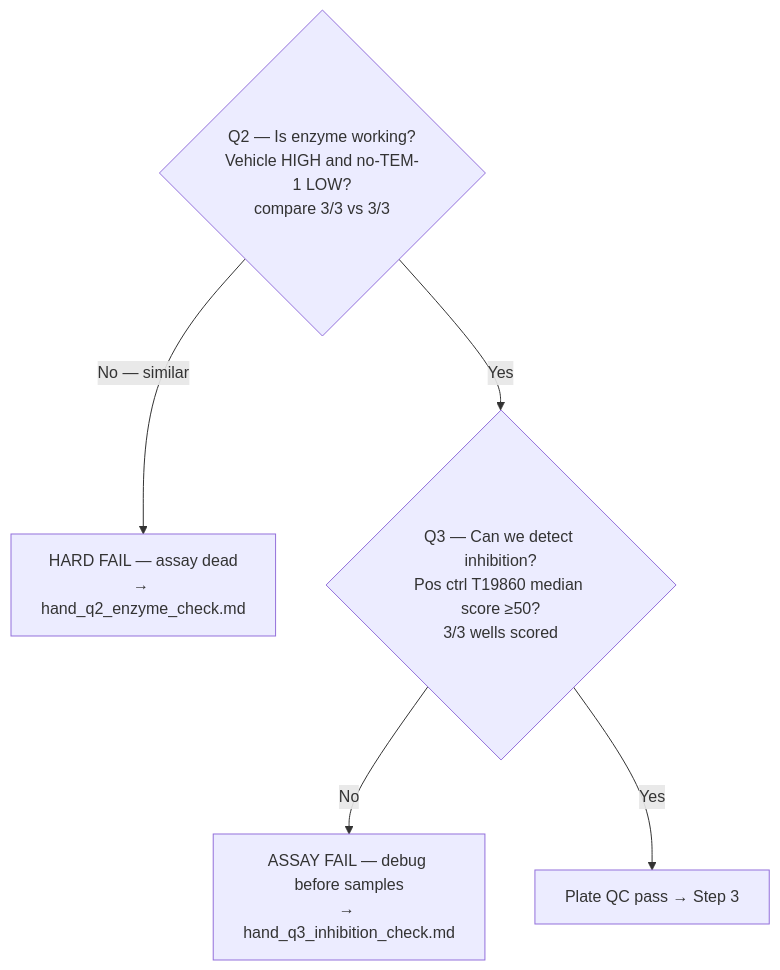
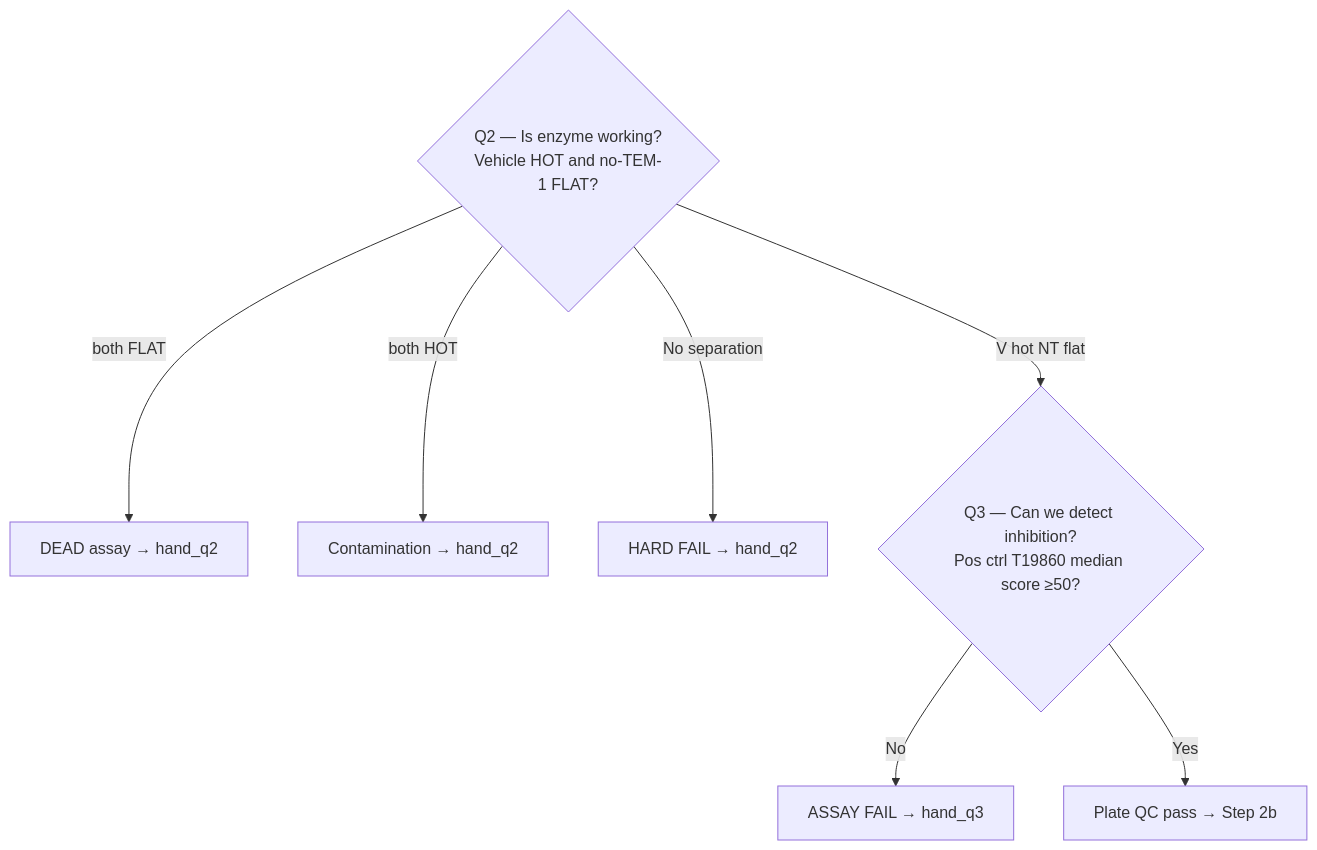
One commit to pvjthomas/beta-loop changed the fourth of 7 diagrams in pvjthomas/runs/2/v5/run2_decision_tree.md. Above: the diagram before and after it, drawn with Mermaid. The commit also changed other lines of this file and 41 other files, not shown here.

First line of the commit message:
Add median kinetics scoring, run-log timing analysis, and Team 3 plate reader parse.

````diff
--- a/pvjthomas/runs/2/v5/run2_decision_tree.md
+++ b/pvjthomas/runs/2/v5/run2_decision_tree.md
@@ -199,8 +261,10 @@
 ```mermaid
 flowchart TD
-    Q2{"Q2 — Is enzyme working?<br/>Vehicle HIGH and no-TEM-1 LOW?<br/>compare 3/3 vs 3/3"}
-    Q2 -->|No — similar| FAIL1["HARD FAIL — assay dead<br/>→ hand_q2_enzyme_check.md"]
-    Q2 -->|Yes| Q3{"Q3 — Can we detect inhibition?<br/>Pos ctrl T19860 median score ≥50?<br/>3/3 wells scored"}
-    Q3 -->|No| FAIL2["ASSAY FAIL — debug before samples<br/>→ hand_q3_inhibition_check.md"]
-    Q3 -->|Yes| PASS[Plate QC pass → Step 3]
+    Q2{"Q2 — Is enzyme working?<br/>Vehicle HOT and no-TEM-1 FLAT?"}
+    Q2 -->|both FLAT| FAIL_DEAD["DEAD assay → hand_q2"]
+    Q2 -->|both HOT| FAIL_CONTAM["Contamination → hand_q2"]
+    Q2 -->|No separation| FAIL1["HARD FAIL → hand_q2"]
+    Q2 -->|V hot NT flat| Q3{"Q3 — Can we detect inhibition?<br/>Pos ctrl T19860 median score ≥50?"}
+    Q3 -->|No| FAIL2["ASSAY FAIL → hand_q3"]
+    Q3 -->|Yes| PASS[Plate QC pass → Step 2b]
 ```
````
